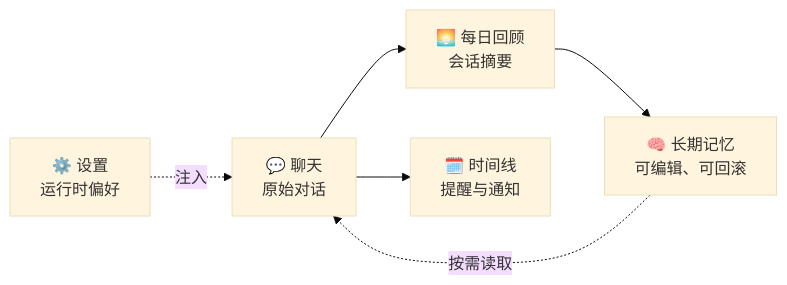
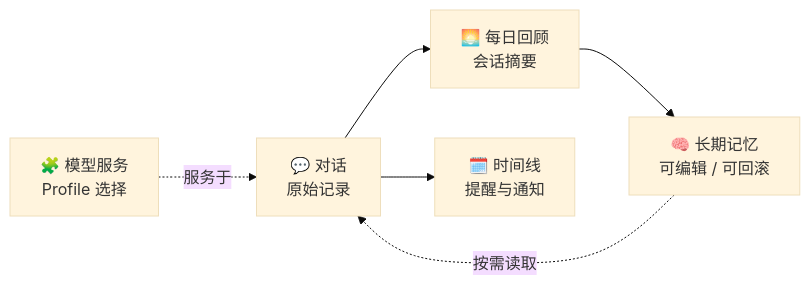
The diagram in README.md (lance2016/chat-memo), drawn with Mermaid (base theme) before and after one commit. The commit also changed other lines of this file and 63 other files, not shown here.

````diff
--- a/README.md
+++ b/README.md
@@ -39,8 +38,8 @@
 ```mermaid
 flowchart LR
-    Chat["💬 聊天<br/>原始对话"] --> Review["🌅 每日回顾<br/>会话摘要"]
-    Review --> Memory["🧠 长期记忆<br/>可编辑、可回滚"]
+    Chat["💬 对话<br/>原始记录"] --> Review["🌅 每日回顾<br/>会话摘要"]
+    Review --> Memory["🧠 长期记忆<br/>可编辑 / 可回滚"]
     Memory -. 按需读取 .-> Chat
     Chat --> Timeline["🗓️ 时间线<br/>提醒与通知"]
-    Settings["⚙️ 设置<br/>运行时偏好"] -. 注入 .-> Chat
+    Models["🧩 模型服务<br/>Profile 选择"] -. 服务于 .-> Chat
 ```
````
